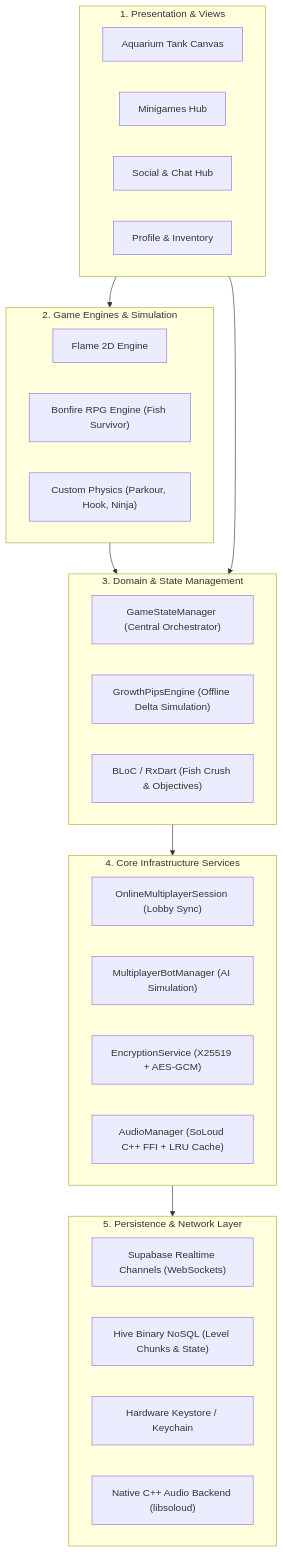
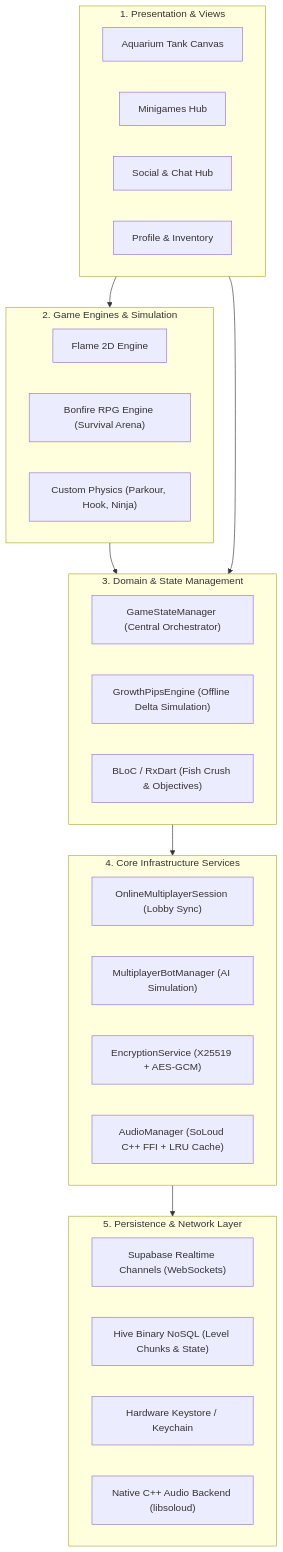
Before and after one commit to elomarjc/grow-a-fish-case-study: the second of 2 diagrams in README.md, drawn with Mermaid. The commit also changed other lines of this file, not shown here.

Commit message:
docs: enhance visual appeal with executive stat cards, interactive Mermaid loop, styled showcase, and remove vampire survivor references

````diff
--- a/README.md
+++ b/README.md
@@ -112,41 +111,41 @@
 ```mermaid
 flowchart TD
     subgraph UI_Layer["1. Presentation & Views"]
         TankView["Aquarium Tank Canvas"]
         MiniGames["Minigames Hub"]
         SocialView["Social & Chat Hub"]
         Profile["Profile & Inventory"]
     end
 
     subgraph Game_Engines["2. Game Engines & Simulation"]
         FlameEngine["Flame 2D Engine"]
-        BonfireEngine["Bonfire RPG Engine (Fish Survivor)"]
+        BonfireEngine["Bonfire RPG Engine (Survival Arena)"]
         CustomPhysics["Custom Physics (Parkour, Hook, Ninja)"]
     end
 
     subgraph State_Layer["3. Domain & State Management"]
         GSM["GameStateManager (Central Orchestrator)"]
         GrowthEngine["GrowthPipsEngine (Offline Delta Simulation)"]
         BLoC["BLoC / RxDart (Fish Crush & Objectives)"]
     end
 
     subgraph Services_Layer["4. Core Infrastructure Services"]
         MP_Session["OnlineMultiplayerSession (Lobby Sync)"]
         BotManager["MultiplayerBotManager (AI Simulation)"]
         CryptoService["EncryptionService (X25519 + AES-GCM)"]
         AudioService["AudioManager (SoLoud C++ FFI + LRU Cache)"]
     end
 
     subgraph Storage_Network["5. Persistence & Network Layer"]
         SupabaseRT["Supabase Realtime Channels (WebSockets)"]
         HiveStorage["Hive Binary NoSQL (Level Chunks & State)"]
         SecureStorage["Hardware Keystore / Keychain"]
         SoLoudCpp["Native C++ Audio Backend (libsoloud)"]
     end
 
     UI_Layer --> Game_Engines
     Game_Engines --> State_Layer
     UI_Layer --> State_Layer
     State_Layer --> Services_Layer
     Services_Layer --> Storage_Network
 ```
````
